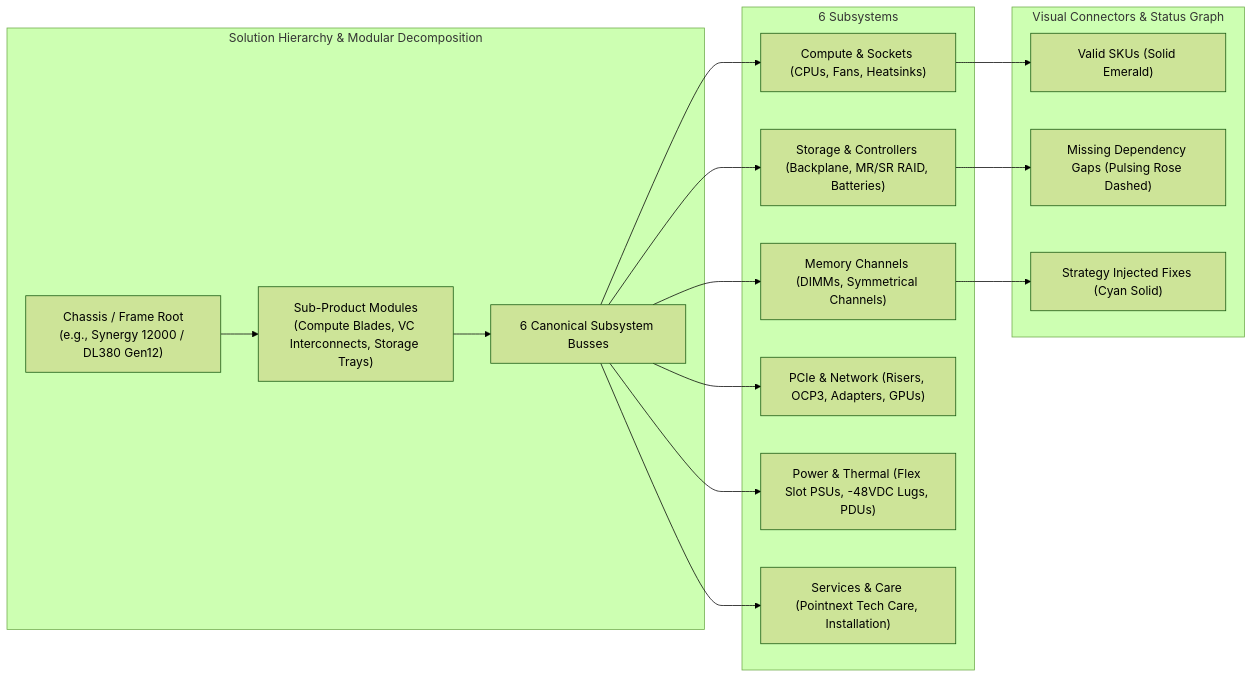
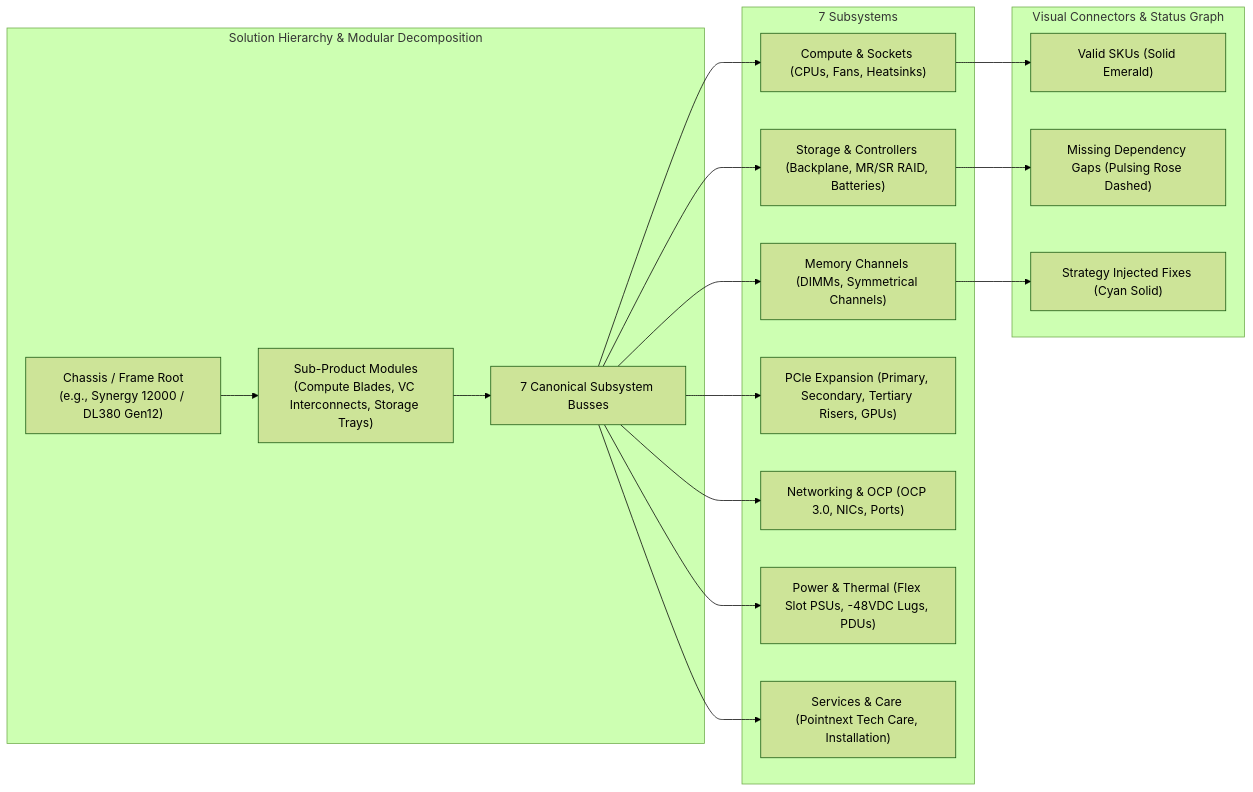
One commit to vinodhsubramanian123/updatedVendorScrapingNotebook-v2 changed the sixth of 7 diagrams in docs/ARCHITECTURE_AND_DESIGN.md. Above: the diagram before and after it, drawn with Mermaid (forest theme). The commit also changed other lines of this file and 24 other files, not shown here.

Commit message:
fix(arch): resolve all architecture gaps, standardize taxonomy, add 7-aspect support schema, and harden jules session management

````diff
--- a/docs/ARCHITECTURE_AND_DESIGN.md
+++ b/docs/ARCHITECTURE_AND_DESIGN.md
@@ -187,20 +193,21 @@
 ```mermaid
 graph LR
     subgraph "Solution Hierarchy & Modular Decomposition"
         Root["Chassis / Frame Root<br/>(e.g., Synergy 12000 / DL380 Gen12)"] --> Modules["Sub-Product Modules<br/>(Compute Blades, VC Interconnects, Storage Trays)"]
-        Modules --> Busses["6 Canonical Subsystem Busses"]
+        Modules --> Busses["7 Canonical Subsystem Busses"]
     end
-    subgraph "6 Subsystems"
+    subgraph "7 Subsystems"
         Busses --> Comp["Compute & Sockets (CPUs, Fans, Heatsinks)"]
         Busses --> Mem["Memory Channels (DIMMs, Symmetrical Channels)"]
         Busses --> Stor["Storage & Controllers (Backplane, MR/SR RAID, Batteries)"]
-        Busses --> PCIe["PCIe & Network (Risers, OCP3, Adapters, GPUs)"]
+        Busses --> PCIe["PCIe Expansion (Primary, Secondary, Tertiary Risers, GPUs)"]
+        Busses --> Net["Networking & OCP (OCP 3.0, NICs, Ports)"]
         Busses --> Pwr["Power & Thermal (Flex Slot PSUs, -48VDC Lugs, PDUs)"]
         Busses --> Svc["Services & Care (Pointnext Tech Care, Installation)"]
     end
     subgraph "Visual Connectors & Status Graph"
         Comp --> VNodes["Valid SKUs (Solid Emerald)"]
         Stor --> GNodes["Missing Dependency Gaps (Pulsing Rose Dashed)"]
         Mem --> FNodes["Strategy Injected Fixes (Cyan Solid)"]
     end
 ```
````
